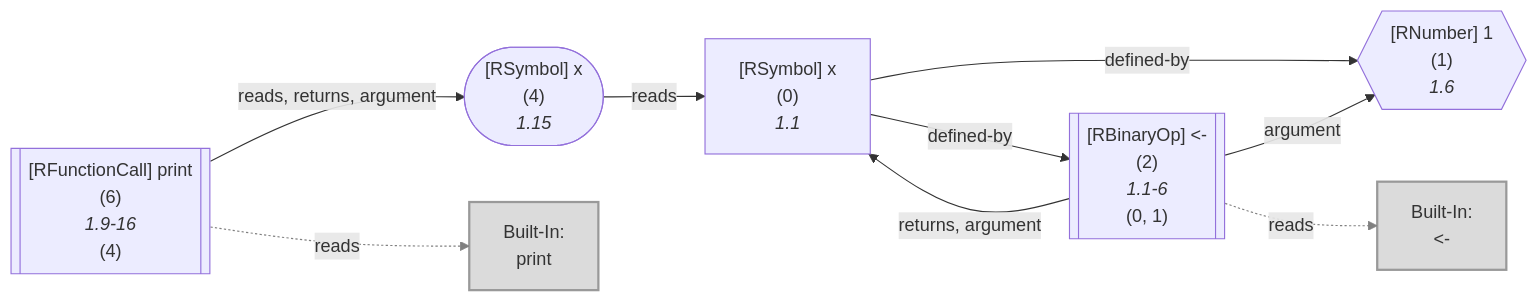
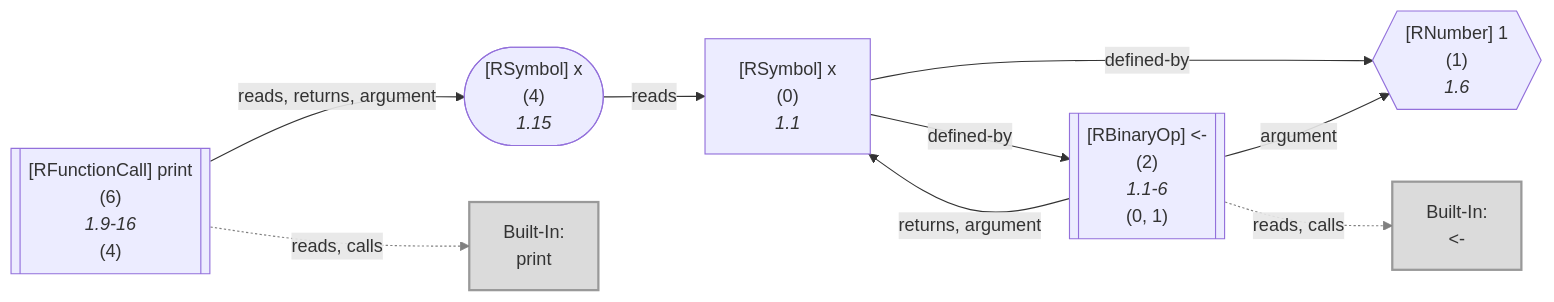
Before and after one commit to flowr-analysis/flowr: the second of 2 diagrams in wiki/Core.md, drawn with Mermaid. The commit also changed other lines of this file and 8 other files, not shown here.

Commit message:
[skip ci] doc: update generated wiki pages (wiki/Capabilities,wiki/Dataflow Graph,wiki/Query API,wiki/Search API,wiki/Engines,wiki/Interface,wiki/Control Flow Graph,wiki/Core,README)

````diff
--- a/wiki/Core.md
+++ b/wiki/Core.md
@@ -327,36 +327,36 @@
 ```mermaid
 flowchart LR
     1{{"`#91;RNumber#93; 1
       (1)
       *1.6*`"}}
     0["`#91;RSymbol#93; x
       (0)
       *1.1*`"]
     2[["`#91;RBinaryOp#93; #60;#45;
       (2)
       *1.1-6*
     (0, 1)`"]]
     built-in:_-["`Built-In:
 #60;#45;`"]
     style built-in:_- stroke:gray,fill:lightgray,stroke-width:2px,opacity:.8;
     4(["`#91;RSymbol#93; x
       (4)
       *1.15*`"])
     6[["`#91;RFunctionCall#93; print
       (6)
       *1.9-16*
     (4)`"]]
     built-in:print["`Built-In:
 print`"]
     style built-in:print stroke:gray,fill:lightgray,stroke-width:2px,opacity:.8;
     0 -->|"defined-by"| 1
     0 -->|"defined-by"| 2
     2 -->|"argument"| 1
     2 -->|"returns, argument"| 0
-    2 -.->|"reads"| built-in:_-
+    2 -.->|"reads, calls"| built-in:_-
     linkStyle 4 stroke:gray;
     4 -->|"reads"| 0
     6 -->|"reads, returns, argument"| 4
-    6 -.->|"reads"| built-in:print
+    6 -.->|"reads, calls"| built-in:print
     linkStyle 7 stroke:gray;
 ```
````
